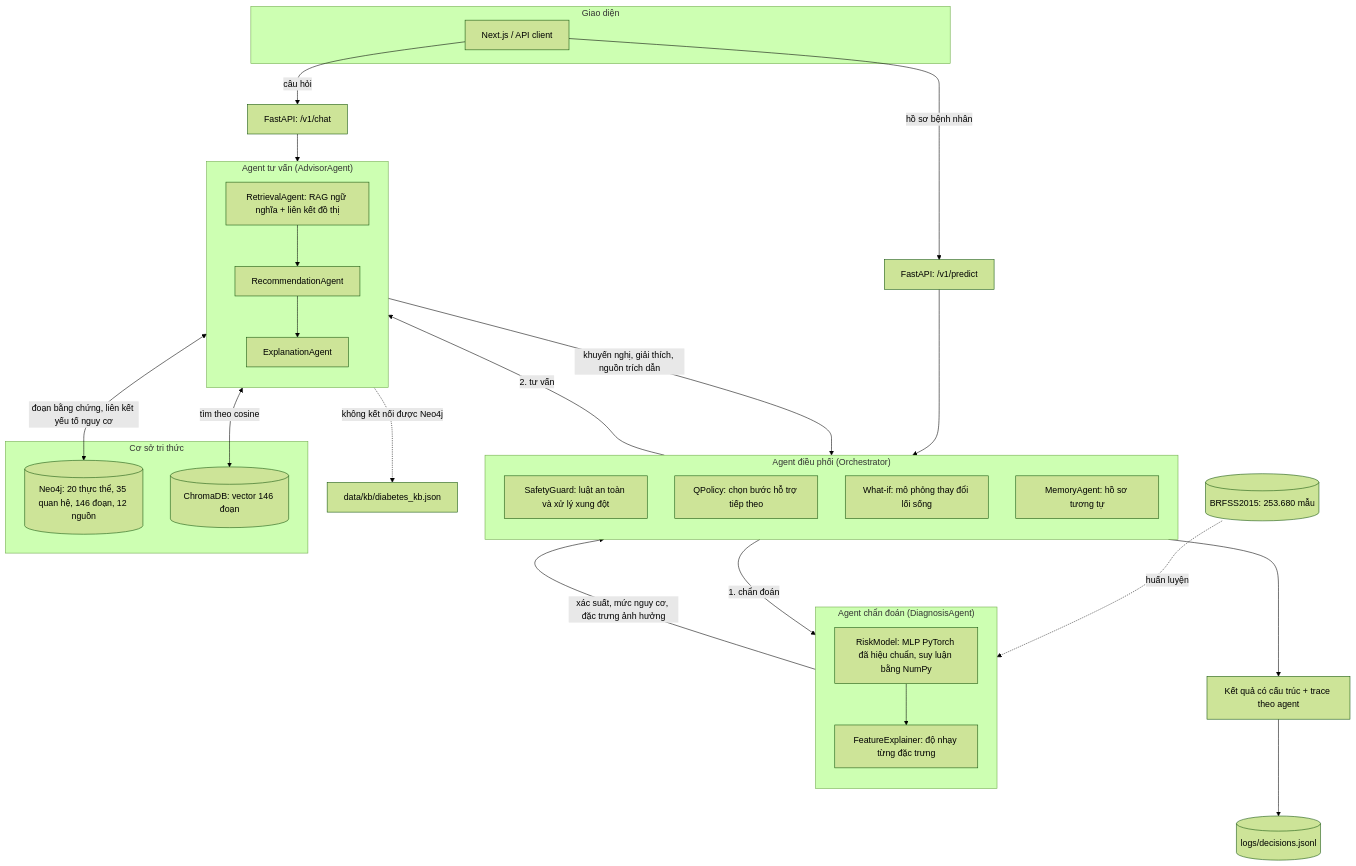
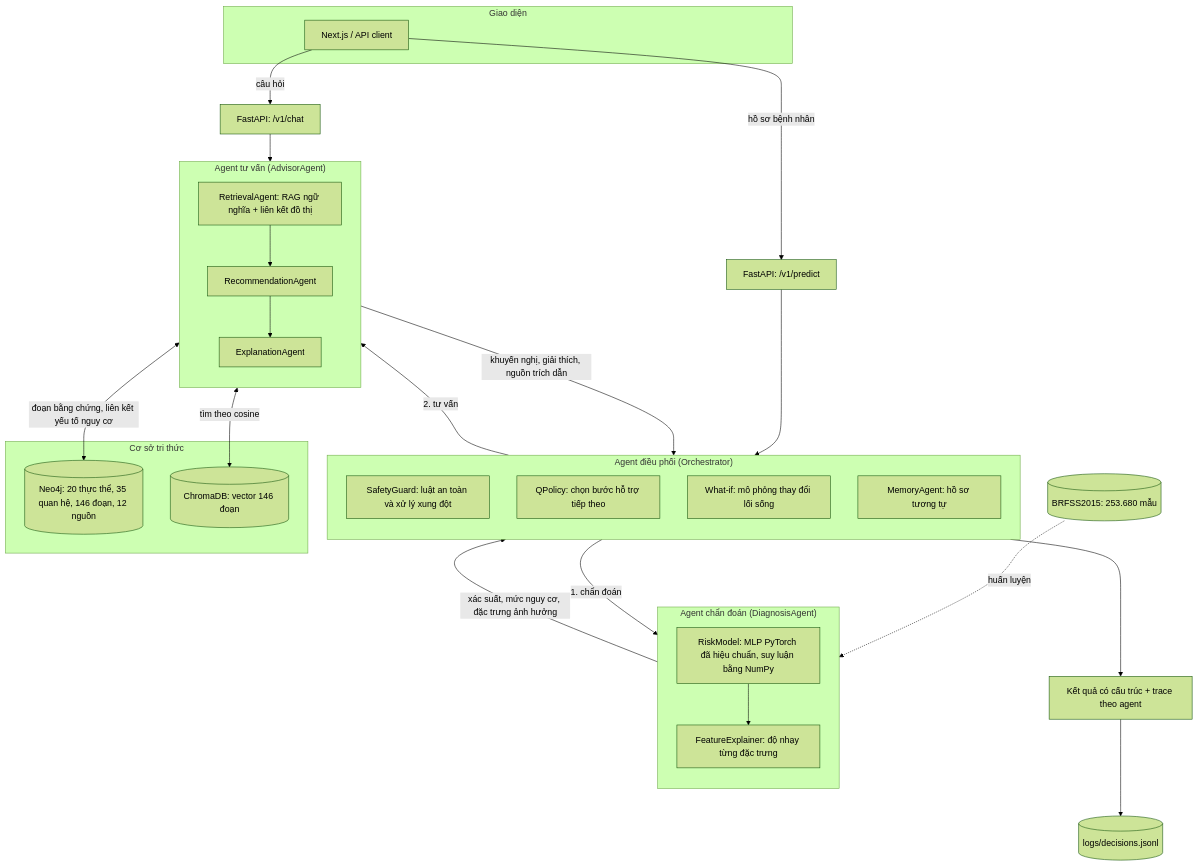
The first of 2 diagrams in docs/architecture.md (halobiron/Diabetes_Agent), drawn with Mermaid (forest theme) before and after one commit. The commit also changed other lines of this file and 10 other files, not shown here.

````diff
--- a/docs/architecture.md
+++ b/docs/architecture.md
@@ -7,52 +7,51 @@
 ```mermaid
 flowchart TD
     subgraph UI["Giao diện"]
         WEB["Next.js / API client"]
     end
 
     WEB -->|"hồ sơ bệnh nhân"| API["FastAPI: /v1/predict"]
     WEB -->|"câu hỏi"| CHAT["FastAPI: /v1/chat"]
     API --> ORCH
 
     subgraph ORCH["Agent điều phối (Orchestrator)"]
         direction TB
         SAFE["SafetyGuard: luật an toàn và xử lý xung đột"]
         POLICY["QPolicy: chọn bước hỗ trợ tiếp theo"]
         WHATIF["What-if: mô phỏng thay đổi lối sống"]
         MEM["MemoryAgent: hồ sơ tương tự"]
     end
 
     ORCH -->|"1. chẩn đoán"| DIAG
     DIAG -->|"xác suất, mức nguy cơ, đặc trưng ảnh hưởng"| ORCH
     ORCH -->|"2. tư vấn"| ADV
     ADV -->|"khuyến nghị, giải thích, nguồn trích dẫn"| ORCH
     ORCH --> OUT["Kết quả có cấu trúc + trace theo agent"]
     OUT --> AUDIT[("logs/decisions.jsonl")]
 
     subgraph DIAG["Agent chẩn đoán (DiagnosisAgent)"]
         direction TB
         RM["RiskModel: MLP PyTorch đã hiệu chuẩn, suy luận bằng NumPy"]
         FE["FeatureExplainer: độ nhạy từng đặc trưng"]
         RM --> FE
     end
 
     subgraph ADV["Agent tư vấn (AdvisorAgent)"]
         direction TB
         RET["RetrievalAgent: RAG ngữ nghĩa + liên kết đồ thị"]
         REC["RecommendationAgent"]
         EXP["ExplanationAgent"]
         RET --> REC --> EXP
     end
 
     BRFSS[("BRFSS2015: 253.680 mẫu")] -.->|"huấn luyện"| RM
 
     subgraph KBS["Cơ sở tri thức"]
         NEO[("Neo4j: 20 thực thể, 35 quan hệ, 146 đoạn, 12 nguồn")]
         CHR[("ChromaDB: vector 146 đoạn")]
     end
 
     RET <-->|"đoạn bằng chứng, liên kết yếu tố nguy cơ"| NEO
     RET <-->|"tìm theo cosine"| CHR
     CHAT --> RET
-    RET -.->|"không kết nối được Neo4j"| FILE["data/kb/diabetes_kb.json"]
 ```
````
